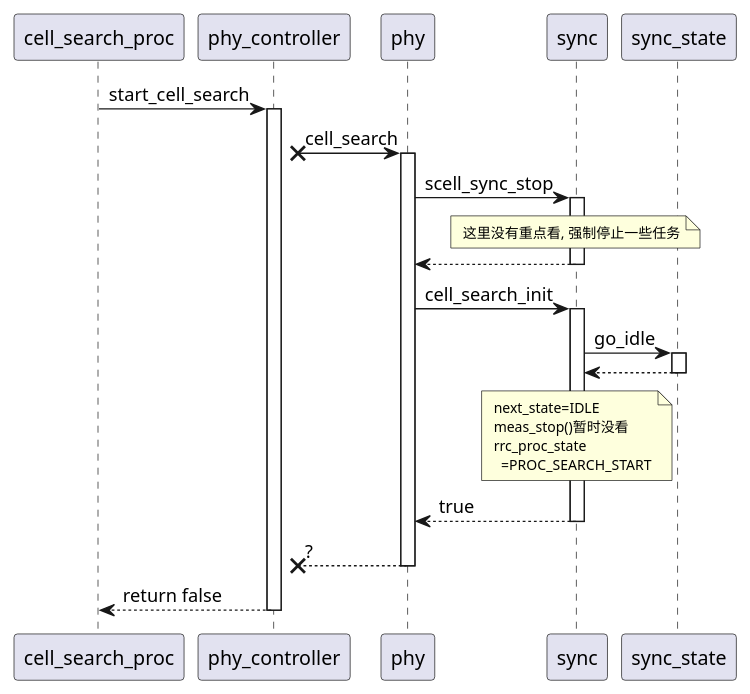
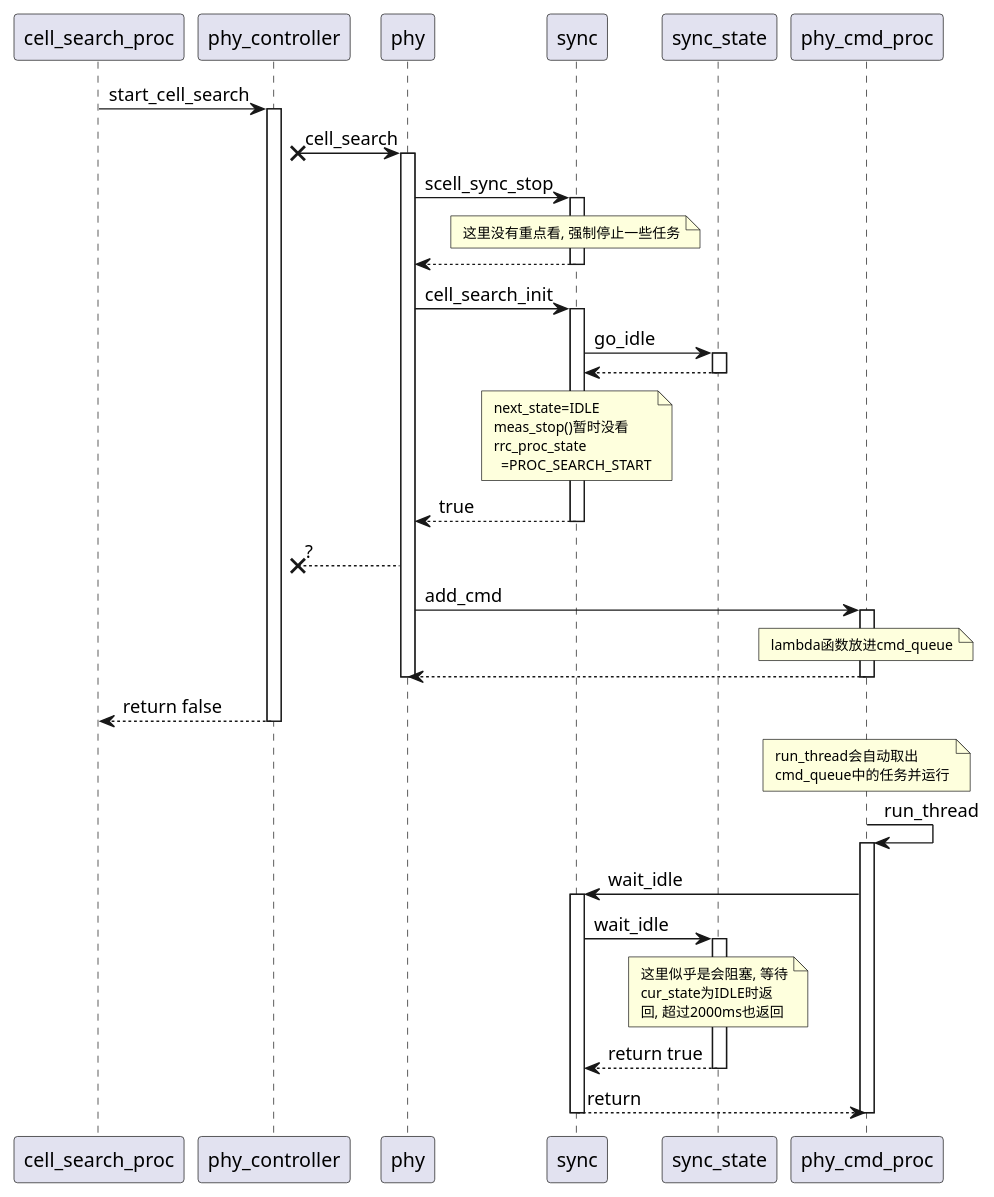
One commit to caizr/srsRAN_4G_learn changed the diagram in srsue/src/phy/cell_search.puml. Above: the diagram before and after it, drawn with PlantUML. The commit also changed 3 other files, not shown here.

Commit message:
to figure out cell_searh among phy_controller, phy, sync, sync_state, phy_cmd_proc, add some log print and update UML file

```diff
--- a/srsue/src/phy/cell_search.puml
+++ b/srsue/src/phy/cell_search.puml
@@ -1,37 +1,72 @@
 @startuml
 cell_search_proc -> phy_controller:start_cell_search
 participant phy
 participant sync
 activate phy_controller
     phy_controller x->phy:cell_search
     activate phy
         phy->sync:scell_sync_stop
         activate sync
             note over sync
                 <size:10> 这里没有重点看, 强制停止一些任务
             end note
             sync --> phy
         deactivate sync
         ''' TODO: 需要补充stop的事情
         phy->sync:cell_search_init
         activate sync
             sync -> sync_state:go_idle
             activate sync_state
             sync_state-->sync
             deactivate sync_state
             note over sync
                 <size:10> next_state=IDLE
                 <size:10> meas_stop()暂时没看
                 <size:10> rrc_proc_state
                 <size:10>   =PROC_SEARCH_START
             end note
             sync-->phy:true
         deactivate sync
     phy -->x phy_controller:?
+
+    phy->phy_cmd_proc:add_cmd
+    activate phy_cmd_proc
+        note over phy_cmd_proc
+            <size:10> lambda函数放进cmd_queue
+        end note
+
+    phy_cmd_proc-->phy
+    deactivate phy_cmd_proc
     deactivate phy
 phy_controller-->cell_search_proc:return false
 deactivate phy_controller
 
+'''
+note over phy_cmd_proc
+    <size:10> run_thread会自动取出
+    <size:10> cmd_queue中的任务并运行
+end note
+
+phy_cmd_proc->phy_cmd_proc:run_thread
+activate phy_cmd_proc
+phy_cmd_proc -> sync:wait_idle
+    activate sync
+        sync->sync_state:wait_idle
+        activate sync_state
+            note over sync_state
+                <size:10> 这里似乎是会阻塞, 等待
+                <size:10> cur_state为IDLE时返
+                <size:10> 回, 超过2000ms也返回
+            end note
+
+            sync_state-->sync:return true
+        deactivate sync_state
+
+        sync-->phy_cmd_proc:return
+    deactivate sync
+deactivate phy_cmd_proc
+
+
 
 
 @enduml
```
